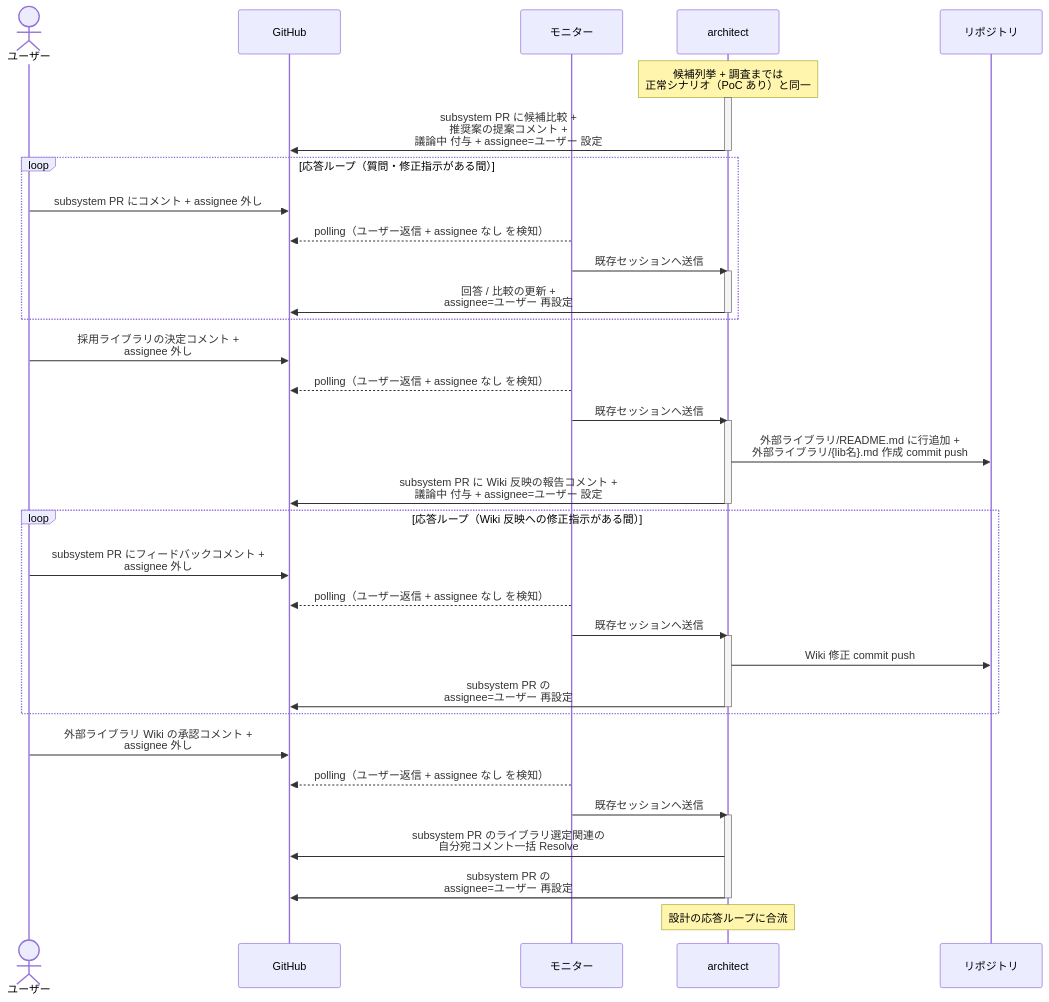
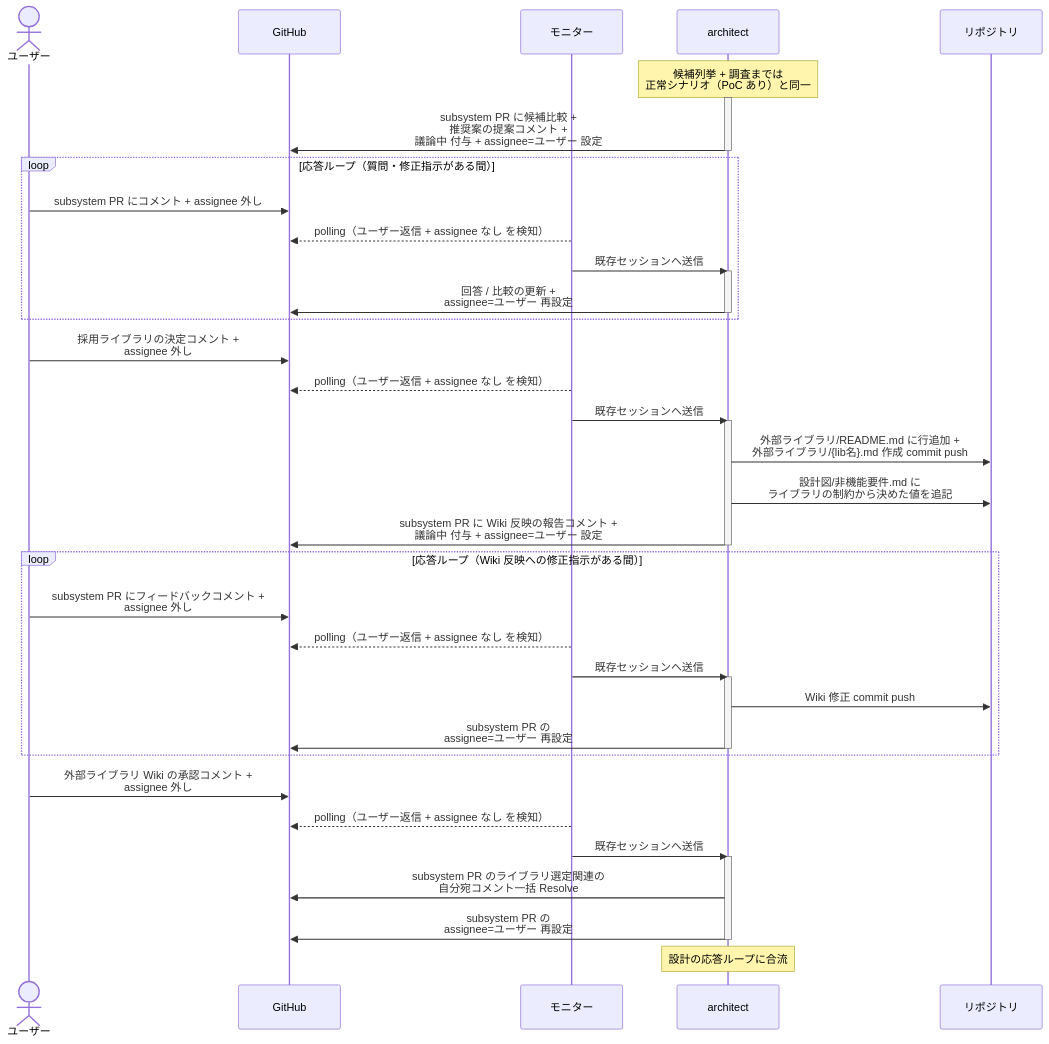
The third of 5 diagrams in docs/wiki/設計図/シナリオ/単一ユースケース/ライブラリ選定.md (shuhei1101/ai-monitor), drawn with Mermaid before and after one commit. The commit also changed other lines of this file and 7 other files, not shown here.

````diff
--- a/docs/wiki/設計図/シナリオ/単一ユースケース/ライブラリ選定.md
+++ b/docs/wiki/設計図/シナリオ/単一ユースケース/ライブラリ選定.md
@@ -180,49 +182,50 @@
 ```mermaid
 sequenceDiagram
   actor U as ユーザー
   participant GH as GitHub
   participant ORC as モニター
   participant MON as architect
   participant REPO as リポジトリ
 
   Note over MON: 候補列挙 + 調査までは<br>正常シナリオ（PoC あり）と同一
   activate MON
   MON->>GH: subsystem PR に候補比較 +<br>推奨案の提案コメント +<br>議論中 付与 + assignee=ユーザー 設定
   deactivate MON
 
   loop 応答ループ（質問・修正指示がある間）
     U->>GH: subsystem PR にコメント + assignee 外し
     ORC-->>GH: polling（ユーザー返信 + assignee なし を検知）
     ORC->>MON: 既存セッションへ送信
     activate MON
     MON->>GH: 回答 / 比較の更新 +<br>assignee=ユーザー 再設定
     deactivate MON
   end
 
   U->>GH: 採用ライブラリの決定コメント +<br>assignee 外し
   ORC-->>GH: polling（ユーザー返信 + assignee なし を検知）
   ORC->>MON: 既存セッションへ送信
   activate MON
   MON->>REPO: 外部ライブラリ/README.md に行追加 +<br>外部ライブラリ/{lib名}.md 作成 commit push
+  MON->>REPO: 設計図/非機能要件.md に<br>ライブラリの制約から決めた値を追記
   MON->>GH: subsystem PR に Wiki 反映の報告コメント +<br>議論中 付与 + assignee=ユーザー 設定
   deactivate MON
 
   loop 応答ループ（Wiki 反映への修正指示がある間）
     U->>GH: subsystem PR にフィードバックコメント +<br>assignee 外し
     ORC-->>GH: polling（ユーザー返信 + assignee なし を検知）
     ORC->>MON: 既存セッションへ送信
     activate MON
     MON->>REPO: Wiki 修正 commit push
     MON->>GH: subsystem PR の<br>assignee=ユーザー 再設定
     deactivate MON
   end
 
   U->>GH: 外部ライブラリ Wiki の承認コメント +<br>assignee 外し
   ORC-->>GH: polling（ユーザー返信 + assignee なし を検知）
   ORC->>MON: 既存セッションへ送信
   activate MON
   MON->>GH: subsystem PR のライブラリ選定関連の<br>自分宛コメント一括 Resolve
   MON->>GH: subsystem PR の<br>assignee=ユーザー 再設定
   deactivate MON
   Note over MON: 設計の応答ループに合流
 ```
````
